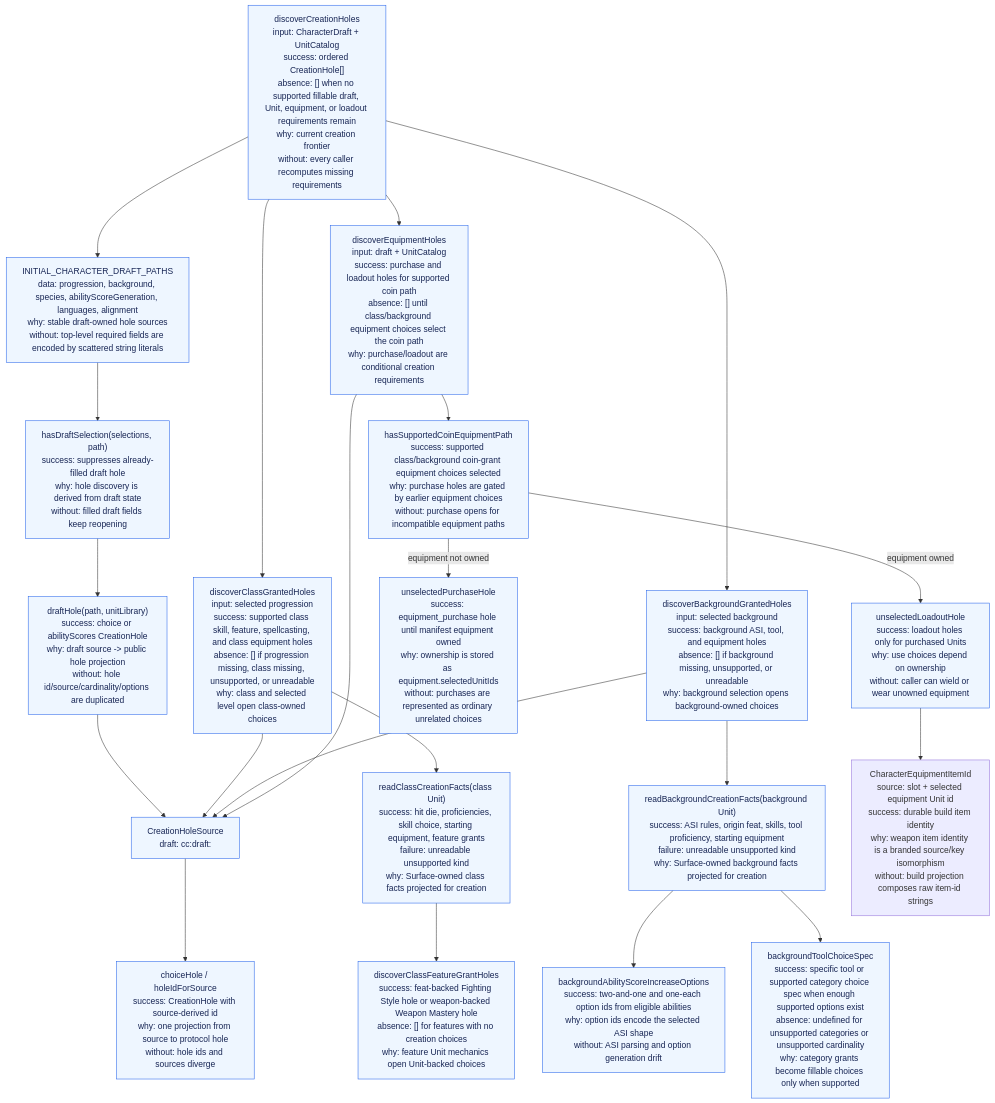
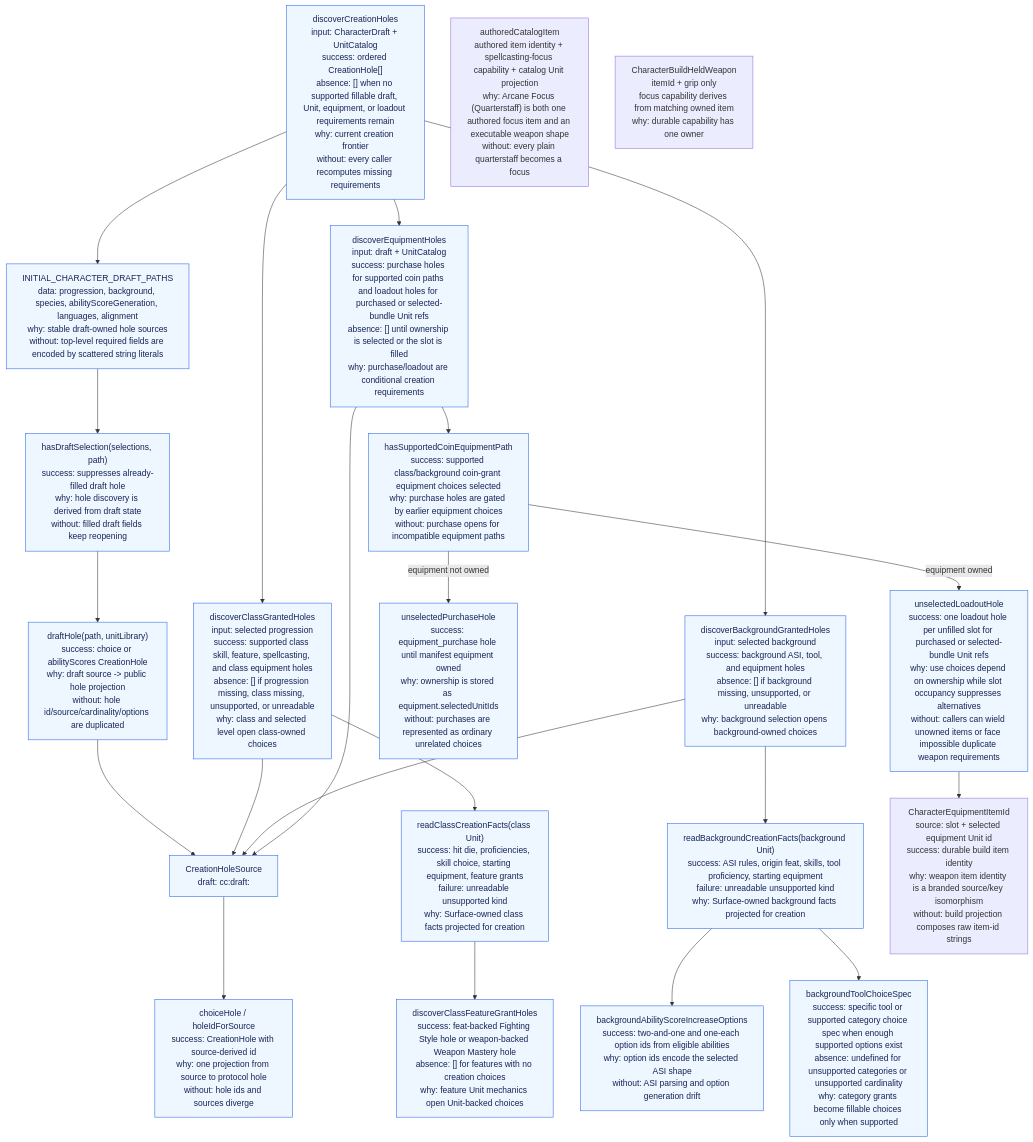
One commit to dearlordylord/5e-quint changed the second of 3 diagrams in packages/character-creation-runtime/ARCHITECTURE_GRAPH.md. Above: the diagram before and after it, drawn with Mermaid. The commit also changed other lines of this file and 25 other files, not shown here.

Commit message:
Expose authored starting loadout choices

````diff
--- a/packages/character-creation-runtime/ARCHITECTURE_GRAPH.md
+++ b/packages/character-creation-runtime/ARCHITECTURE_GRAPH.md
@@ -83,43 +83,45 @@
 ```mermaid
 flowchart TD
   Discover["discoverCreationHoles<br/>input: CharacterDraft + UnitCatalog<br/>success: ordered CreationHole[]<br/>absence: [] when no supported fillable draft, Unit, equipment, or loadout requirements remain<br/>why: current creation frontier<br/>without: every caller recomputes missing requirements"]
   DraftPaths["INITIAL_CHARACTER_DRAFT_PATHS<br/>data: progression, background, species, abilityScoreGeneration, languages, alignment<br/>why: stable draft-owned hole sources<br/>without: top-level required fields are encoded by scattered string literals"]
   DraftHole["draftHole(path, unitLibrary)<br/>success: choice or abilityScores CreationHole<br/>why: draft source -> public hole projection<br/>without: hole id/source/cardinality/options are duplicated"]
   HasDraftSelection["hasDraftSelection(selections, path)<br/>success: suppresses already-filled draft hole<br/>why: hole discovery is derived from draft state<br/>without: filled draft fields keep reopening"]
 
   ClassGranted["discoverClassGrantedHoles<br/>input: selected progression<br/>success: supported class skill, feature, spellcasting, and class equipment holes<br/>absence: [] if progression missing, class missing, unsupported, or unreadable<br/>why: class and selected level open class-owned choices"]
   ReadClass["readClassCreationFacts(class Unit)<br/>success: hit die, proficiencies, skill choice, starting equipment, feature grants<br/>failure: unreadable unsupported kind<br/>why: Surface-owned class facts projected for creation"]
   FeatureHole["discoverClassFeatureGrantHoles<br/>success: feat-backed Fighting Style hole or weapon-backed Weapon Mastery hole<br/>absence: [] for features with no creation choices<br/>why: feature Unit mechanics open Unit-backed choices"]
 
   BackgroundGranted["discoverBackgroundGrantedHoles<br/>input: selected background<br/>success: background ASI, tool, and equipment holes<br/>absence: [] if background missing, unsupported, or unreadable<br/>why: background selection opens background-owned choices"]
   ReadBackground["readBackgroundCreationFacts(background Unit)<br/>success: ASI rules, origin feat, skills, tool proficiency, starting equipment<br/>failure: unreadable unsupported kind<br/>why: Surface-owned background facts projected for creation"]
   BackgroundAsi["backgroundAbilityScoreIncreaseOptions<br/>success: two-and-one and one-each option ids from eligible abilities<br/>why: option ids encode the selected ASI shape<br/>without: ASI parsing and option generation drift"]
   BackgroundTool["backgroundToolChoiceSpec<br/>success: specific tool or supported category choice spec when enough supported options exist<br/>absence: undefined for unsupported categories or unsupported cardinality<br/>why: category grants become fillable choices only when supported"]
 
-  Equipment["discoverEquipmentHoles<br/>input: draft + UnitCatalog<br/>success: purchase and loadout holes for supported coin path<br/>absence: [] until class/background equipment choices select the coin path<br/>why: purchase/loadout are conditional creation requirements"]
+  Equipment["discoverEquipmentHoles<br/>input: draft + UnitCatalog<br/>success: purchase holes for supported coin paths and loadout holes for purchased or selected-bundle Unit refs<br/>absence: [] until ownership is selected or the slot is filled<br/>why: purchase/loadout are conditional creation requirements"]
   CoinPath["hasSupportedCoinEquipmentPath<br/>success: supported class/background coin-grant equipment choices selected<br/>why: purchase holes are gated by earlier equipment choices<br/>without: purchase opens for incompatible equipment paths"]
   Purchase["unselectedPurchaseHole<br/>success: equipment_purchase hole until manifest equipment owned<br/>why: ownership is stored as equipment.selectedUnitIds<br/>without: purchases are represented as ordinary unrelated choices"]
-  Loadout["unselectedLoadoutHole<br/>success: loadout holes only for purchased Units<br/>why: use choices depend on ownership<br/>without: caller can wield or wear unowned equipment"]
+  Loadout["unselectedLoadoutHole<br/>success: one loadout hole per unfilled slot for purchased or selected-bundle Unit refs<br/>why: use choices depend on ownership while slot occupancy suppresses alternatives<br/>without: callers can wield unowned items or face impossible duplicate weapon requirements"]
 
   Source["CreationHoleSource<br/>draft: cc:draft:<path><br/>unitChoice: cc:unit-source:<UnitChoiceSourceKey><br/>loadout: cc:loadout-source:<LoadoutSourceKey><br/>why: semantic source address for stable hole ids<br/>without: hole identity is arbitrary display text"]
   ChoiceHole["choiceHole / holeIdForSource<br/>success: CreationHole with source-derived id<br/>why: one projection from source to protocol hole<br/>without: hole ids and sources diverge"]
   EquipmentItemId["CharacterEquipmentItemId<br/>source: slot + selected equipment Unit id<br/>success: durable build item identity<br/>why: weapon item identity is a branded source/key isomorphism<br/>without: build projection composes raw item-id strings"]
+  AuthoredCatalogItem["authoredCatalogItem<br/>authored item identity + spellcasting-focus capability + catalog Unit projection<br/>why: Arcane Focus (Quarterstaff) is both one authored focus item and an executable weapon shape<br/>without: every plain quarterstaff becomes a focus"]
+  LoadoutReference["CharacterBuildHeldWeapon<br/>itemId + grip only<br/>focus capability derives from matching owned item<br/>why: durable capability has one owner"]
 
   Discover --> DraftPaths --> HasDraftSelection --> DraftHole
   Discover --> ClassGranted --> ReadClass --> FeatureHole
   Discover --> BackgroundGranted --> ReadBackground
   ReadBackground --> BackgroundAsi
   ReadBackground --> BackgroundTool
   Discover --> Equipment --> CoinPath
   CoinPath -->|equipment not owned| Purchase
   CoinPath -->|equipment owned| Loadout
   DraftHole --> Source
   Loadout --> EquipmentItemId
   ClassGranted --> Source
   BackgroundGranted --> Source
   Equipment --> Source
   Source --> ChoiceHole
 
   classDef implemented fill:#eef6ff,stroke:#2563eb,color:#172554;
   class Discover,DraftPaths,DraftHole,HasDraftSelection,ClassGranted,ReadClass,FeatureHole,BackgroundGranted,ReadBackground,BackgroundAsi,BackgroundTool,Equipment,CoinPath,Purchase,Loadout,Source,ChoiceHole implemented;
 ```
````
